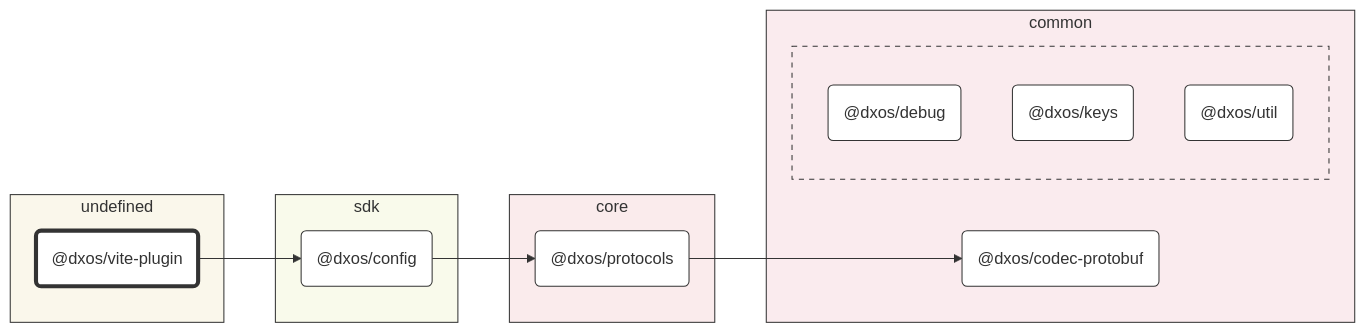
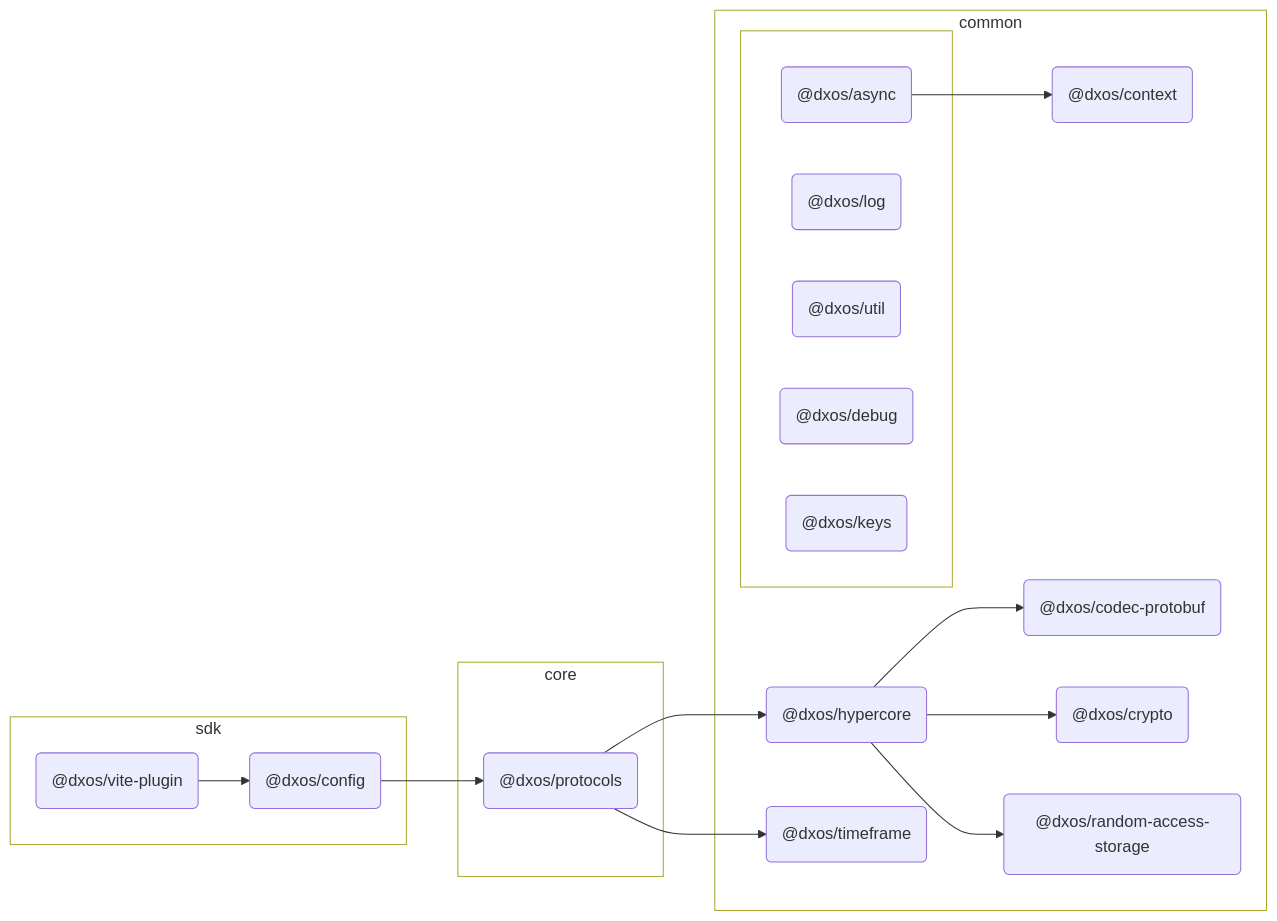
Before and after one commit to dxos/dxos: the diagram in packages/sdk/vite-plugin/docs/README.md, drawn with Mermaid. The commit also changed other lines of this file and 127 other files, not shown here.

````diff
--- a/packages/sdk/vite-plugin/docs/README.md
+++ b/packages/sdk/vite-plugin/docs/README.md
@@ -7,51 +7,65 @@
 ```mermaid
 %%{ init: {'flowchart':{'curve':'basis'}} }%%
 
 flowchart LR
 
 %% Classes
-classDef def fill:#fff,stroke:#333,stroke-width:1px
-classDef root fill:#fff,stroke:#333,stroke-width:4px
+
+
 
 %% Nodes
 
-subgraph undefined [undefined]
-  style undefined fill:#faf7eb,stroke:#333
+subgraph sdk [sdk]
+  style sdk fill:transparent
   dxos/vite-plugin("@dxos/vite-plugin"):::root
-  click dxos/vite-plugin "dxos/dxos/tree/main/tools/vite-plugin/docs"
-end
-
-subgraph sdk [sdk]
-  style sdk fill:#f9faeb,stroke:#333
+  click dxos/vite-plugin "dxos/dxos/tree/main/packages/sdk/vite-plugin/docs"
   dxos/config("@dxos/config"):::def
   click dxos/config "dxos/dxos/tree/main/packages/sdk/config/docs"
 end
 
 subgraph common [common]
-  style common fill:#faebee,stroke:#333
+  style common fill:transparent
   dxos/codec-protobuf("@dxos/codec-protobuf"):::def
   click dxos/codec-protobuf "dxos/dxos/tree/main/packages/common/codec-protobuf/docs"
+  dxos/context("@dxos/context"):::def
+  click dxos/context "dxos/dxos/tree/main/packages/common/context/docs"
+  dxos/hypercore("@dxos/hypercore"):::def
+  click dxos/hypercore "dxos/dxos/tree/main/packages/common/hypercore/docs"
+  dxos/crypto("@dxos/crypto"):::def
+  click dxos/crypto "dxos/dxos/tree/main/packages/common/crypto/docs"
+  dxos/random-access-storage("@dxos/random-access-storage"):::def
+  click dxos/random-access-storage "dxos/dxos/tree/main/packages/common/random-access-storage/docs"
+  dxos/timeframe("@dxos/timeframe"):::def
+  click dxos/timeframe "dxos/dxos/tree/main/packages/common/timeframe/docs"
 
   subgraph _ [ ]
-    style _ fill:#faebee,stroke:#333,stroke-dasharray:5 5
+    style _ fill:transparent
+    dxos/async("@dxos/async"):::def
+    click dxos/async "dxos/dxos/tree/main/packages/common/async/docs"
+    dxos/log("@dxos/log"):::def
+    click dxos/log "dxos/dxos/tree/main/packages/common/log/docs"
+    dxos/util("@dxos/util"):::def
+    click dxos/util "dxos/dxos/tree/main/packages/common/util/docs"
     dxos/debug("@dxos/debug"):::def
     click dxos/debug "dxos/dxos/tree/main/packages/common/debug/docs"
     dxos/keys("@dxos/keys"):::def
     click dxos/keys "dxos/dxos/tree/main/packages/common/keys/docs"
-    dxos/util("@dxos/util"):::def
-    click dxos/util "dxos/dxos/tree/main/packages/common/util/docs"
   end
 end
 
 subgraph core [core]
-  style core fill:#faebec,stroke:#333
+  style core fill:transparent
   dxos/protocols("@dxos/protocols"):::def
   click dxos/protocols "dxos/dxos/tree/main/packages/core/protocols/docs"
 end
 
 %% Links
-linkStyle default stroke:#333,stroke-width:1px
 dxos/vite-plugin --> dxos/config
+dxos/async --> dxos/context
 dxos/config --> dxos/protocols
-dxos/protocols --> dxos/codec-protobuf
+dxos/protocols --> dxos/hypercore
+dxos/hypercore --> dxos/codec-protobuf
+dxos/hypercore --> dxos/crypto
+dxos/hypercore --> dxos/random-access-storage
+dxos/protocols --> dxos/timeframe
 ```
````
